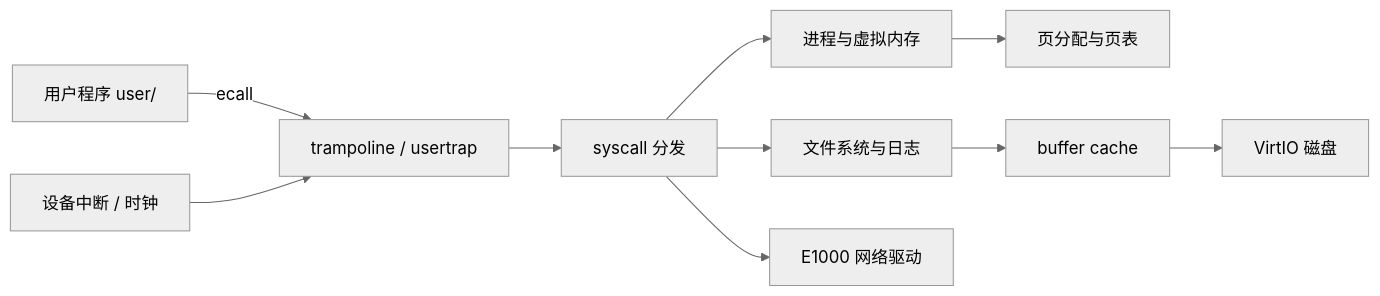
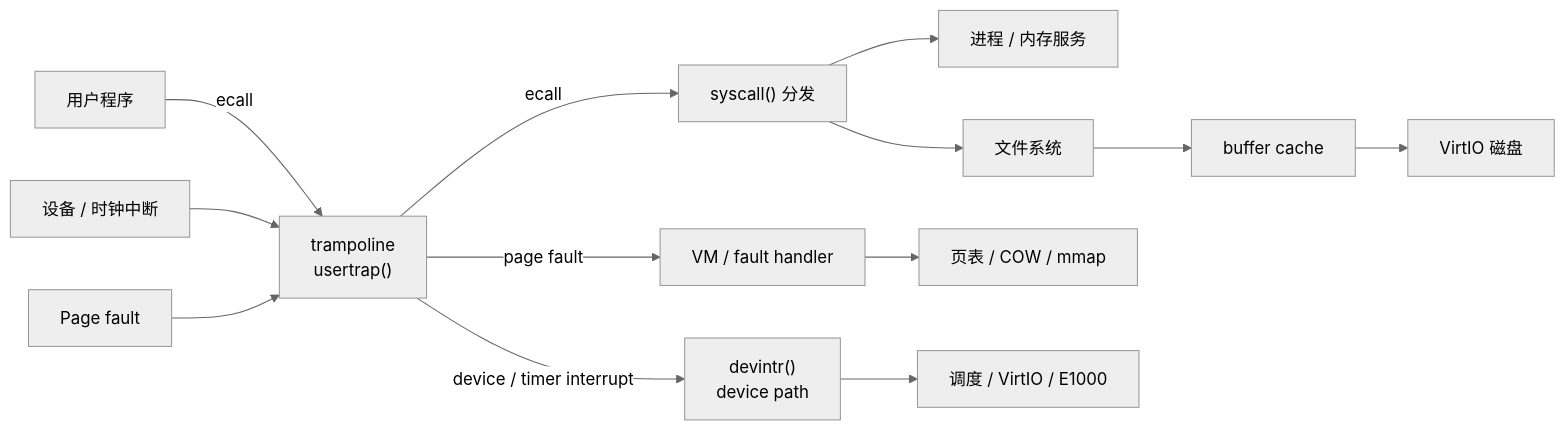
The diagram in docs/architecture.md (xuxiake0/xv6-os-course-project), drawn with Mermaid (neutral theme) before and after one commit. The commit also changed other lines of this file and 10 other files, not shown here.

````diff
--- a/docs/architecture.md
+++ b/docs/architecture.md
@@ -5,12 +5,17 @@
 ```mermaid
 flowchart LR
-  U["用户程序 user/"] -->|"ecall"| T["trampoline / usertrap"]
-  T --> S["syscall 分发"]
-  S --> P["进程与虚拟内存"]
-  S --> F["文件系统与日志"]
-  P --> A["页分配与页表"]
-  F --> B["buffer cache"]
-  B --> D["VirtIO 磁盘"]
-  S --> N["E1000 网络驱动"]
-  I["设备中断 / 时钟"] --> T
+  USER["用户程序"] -->|"ecall"| ENTRY["trampoline<br/>usertrap()"]
+  IRQ["设备 / 时钟中断"] --> ENTRY
+  FAULT["Page fault"] --> ENTRY
+
+  ENTRY -->|"ecall"| SYSCALL["syscall() 分发"]
+  ENTRY -->|"device / timer interrupt"| DEV["devintr()<br/>device path"]
+  ENTRY -->|"page fault"| VM["VM / fault handler"]
+
+  SYSCALL --> PROC["进程 / 内存服务"]
+  SYSCALL --> FS["文件系统"]
+  VM --> MAP["页表 / COW / mmap"]
+  DEV --> DRIVER["调度 / VirtIO / E1000"]
+  FS --> CACHE["buffer cache"]
+  CACHE --> DISK["VirtIO 磁盘"]
 ```
````
